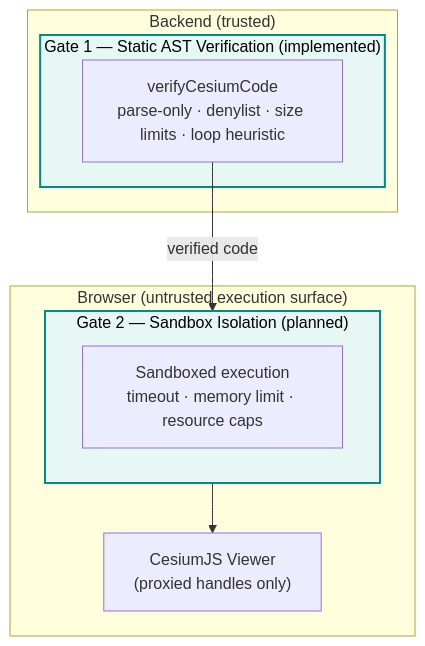
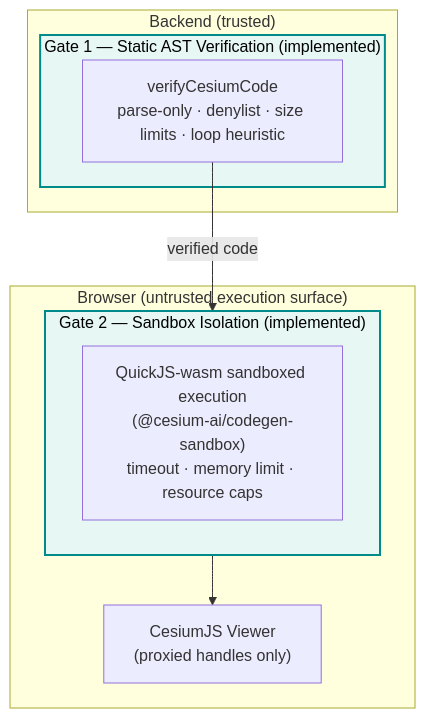
The third of 3 diagrams in docs/architectures/architecture-codegen.md (CesiumGS/cesiumjs-ai-starter-app), drawn with Mermaid before and after one commit. The commit also changed other lines of this file and 7 other files, not shown here.

````diff
--- a/docs/architectures/architecture-codegen.md
+++ b/docs/architectures/architecture-codegen.md
@@ -146,21 +147,21 @@
 ```mermaid
 flowchart TB
     subgraph Server["Backend (trusted)"]
         subgraph GATE1["Gate 1 — Static AST Verification (implemented)"]
             VER["verifyCesiumCode<br/>parse-only · denylist · size limits · loop heuristic"]
         end
     end
 
     subgraph Browser["Browser (untrusted execution surface)"]
-        subgraph GATE2["Gate 2 — Sandbox Isolation (planned)"]
-            SBX["Sandboxed execution<br/>timeout · memory limit · resource caps"]
+        subgraph GATE2["Gate 2 — Sandbox Isolation (implemented)"]
+            SBX["QuickJS-wasm sandboxed execution<br/>(@cesium-ai/codegen-sandbox)<br/>timeout · memory limit · resource caps"]
         end
         VIEWER["CesiumJS Viewer<br/>(proxied handles only)"]
     end
 
     VER -- "verified code" --> GATE2
     GATE2 --> VIEWER
 
     classDef gate fill:#e6f7f4,stroke:#008B8B,stroke-width:2px,color:#000;
     class GATE1,GATE2 gate;
 ```
````
